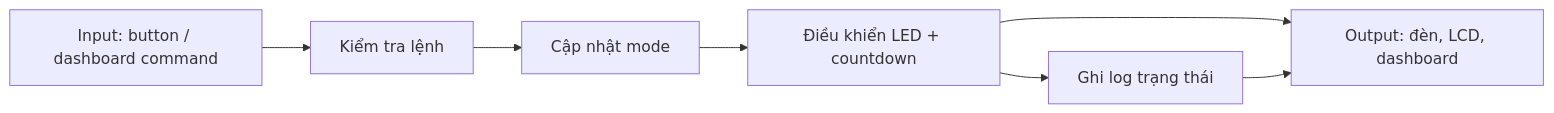
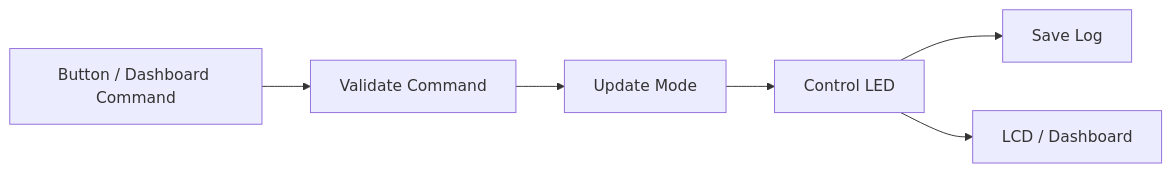
Before and after one commit to xuanhai0913/iot-traffic-light-wokwi: the seventh of 7 diagrams in 09_so_do_thiet_ke.md, drawn with Mermaid. The commit also changed other lines of this file and 3 other files, not shown here.

````diff
--- a/09_so_do_thiet_ke.md
+++ b/09_so_do_thiet_ke.md
@@ -264,16 +573,28 @@
 ```mermaid
 flowchart LR
-    Input["Input: button / dashboard command"]
-    Validate["Kiểm tra lệnh"]
-    Mode["Cập nhật mode"]
-    Control["Điều khiển LED + countdown"]
-    Log["Ghi log trạng thái"]
-    Output["Output: đèn, LCD, dashboard"]
 
-    Input --> Validate
-    Validate --> Mode
-    Mode --> Control
-    Control --> Log
-    Control --> Output
-    Log --> Output
+
+Input["Button / Dashboard Command"]
+
+Validate["Validate Command"]
+
+Mode["Update Mode"]
+
+Control["Control LED"]
+
+Log["Save Log"]
+
+Output["LCD / Dashboard"]
+
+
+Input --> Validate
+
+Validate --> Mode
+
+Mode --> Control
+
+Control --> Log
+
+Control --> Output
+
 ```
````
